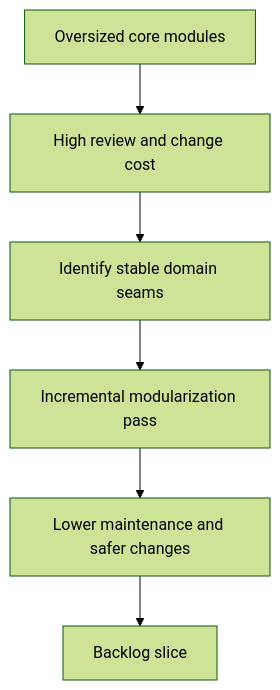
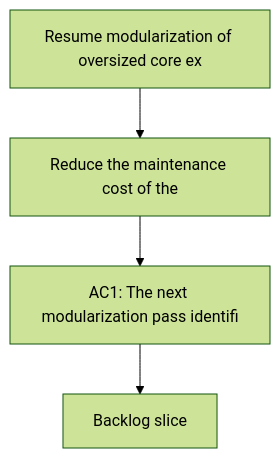
The diagram in logics/request/req_117_resume_modularization_of_oversized_core_extension_and_workflow_modules.md (AlexAgo83/logics-manager), drawn with Mermaid (forest theme) before and after one commit. The commit also changed other lines of this file and 481 other files, not shown here.

````diff
--- a/logics/request/req_117_resume_modularization_of_oversized_core_extension_and_workflow_modules.md
+++ b/logics/request/req_117_resume_modularization_of_oversized_core_extension_and_workflow_modules.md
@@ -26,10 +26,8 @@
 ```mermaid
 %% logics-kind: request
 %% logics-signature: request|resume-modularization-of-oversized-core-|reduce-the-maintenance-cost-of-the|ac1-the-next-modularization-pass-identif
 flowchart TD
-    Large[Oversized core modules] --> Costs[High review and change cost]
-    Costs --> Seams[Identify stable domain seams]
-    Seams --> Split[Incremental modularization pass]
-    Split --> Maintainable[Lower maintenance and safer changes]
-    Maintainable --> Backlog[Backlog slice]
+    Trigger[Resume modularization of oversized core ex] --> Need[Reduce the maintenance cost of the]
+    Need --> Outcome[AC1: The next modularization pass identifi]
+    Outcome --> Backlog[Backlog slice]
 ```
````
